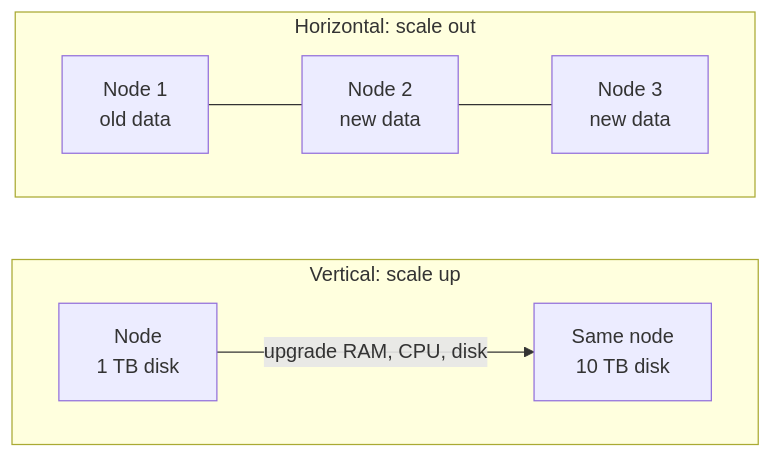
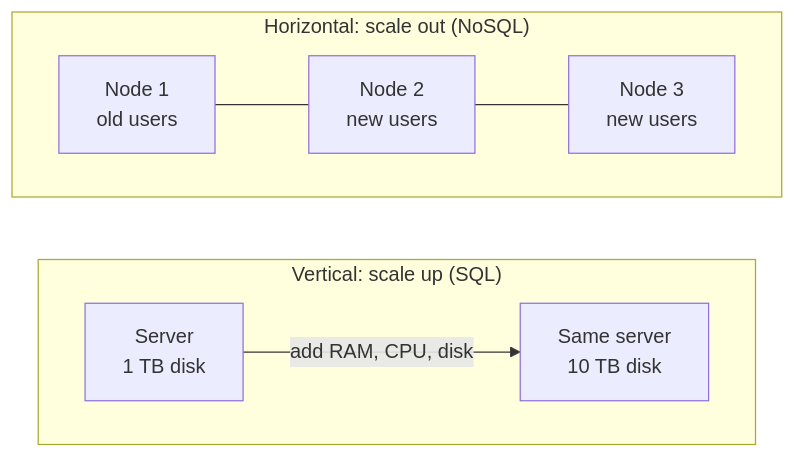
Before and after one commit to aaryan-pradhan/core-cs-fundamentals: the fourth of 13 diagrams in dbms/15-nosql.md, drawn with Mermaid. The commit also changed other lines of this file, not shown here.

````diff
--- a/dbms/15-nosql.md
+++ b/dbms/15-nosql.md
@@ -93,11 +63,11 @@
 ```mermaid
 flowchart LR
-  subgraph V["Vertical: scale up"]
+  subgraph V["Vertical: scale up (SQL)"]
     direction LR
-    N1["Node<br/>1 TB disk"] -- "upgrade RAM, CPU, disk" --> N2["Same node<br/>10 TB disk"]
+    N1["Server<br/>1 TB disk"] -- "add RAM, CPU, disk" --> N2["Same server<br/>10 TB disk"]
   end
-  subgraph H["Horizontal: scale out"]
+  subgraph HZ["Horizontal: scale out (NoSQL)"]
     direction LR
-    A["Node 1<br/>old data"] --- B["Node 2<br/>new data"] --- C["Node 3<br/>new data"]
+    A["Node 1<br/>old users"] --- B["Node 2<br/>new users"] --- C["Node 3<br/>new users"]
   end
 ```
````
